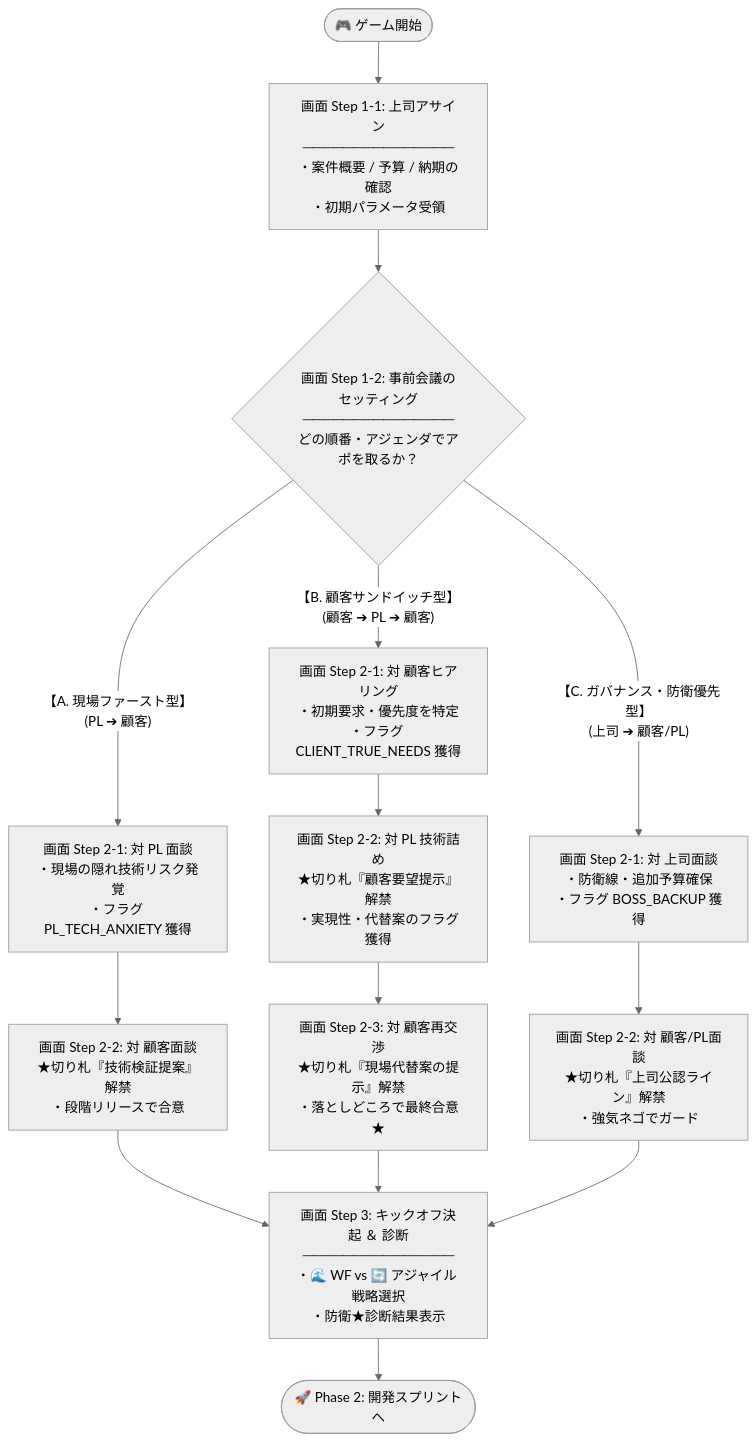
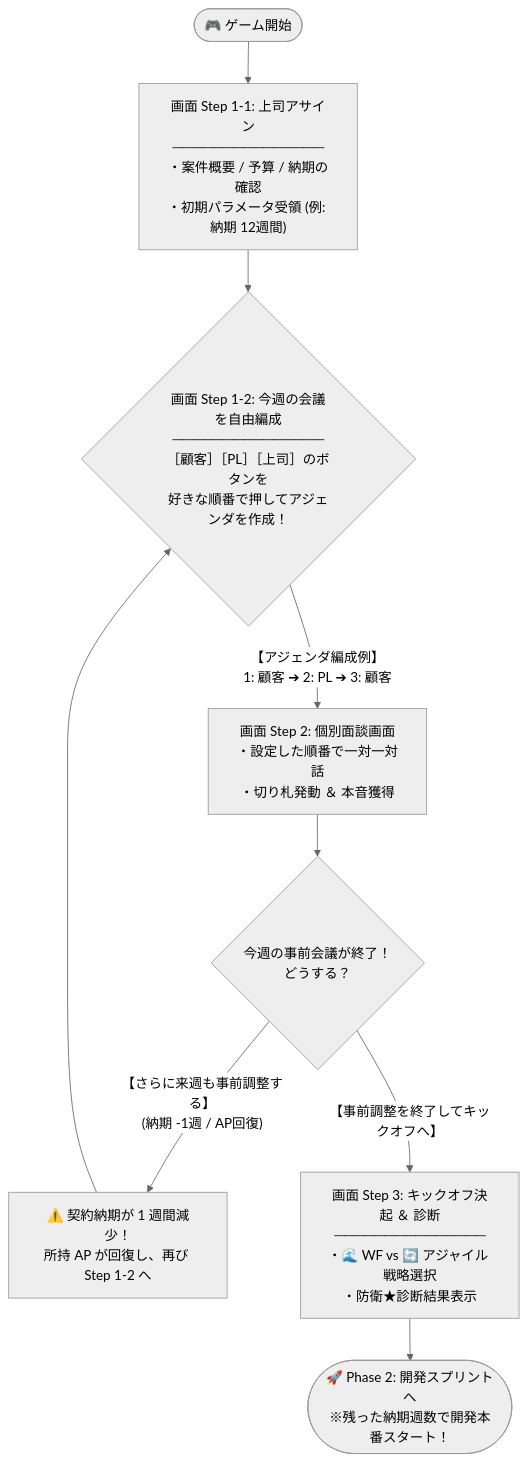
The first of 3 diagrams in docs/spec/phase1_kickoff.md (asabon/pm-simulator), drawn with Mermaid (neutral theme) before and after one commit. The commit also changed other lines of this file and 3 other files, not shown here.

````diff
--- a/docs/spec/phase1_kickoff.md
+++ b/docs/spec/phase1_kickoff.md
@@ -12,26 +12,17 @@
 ```mermaid
 flowchart TD
-    START([🎮 ゲーム開始]) --> S1_1["画面 Step 1-1: 上司アサイン<br>───────────────<br>・案件概要 / 予算 / 納期の確認<br>・初期パラメータ受領"]
+    START([🎮 ゲーム開始]) --> S1_1["画面 Step 1-1: 上司アサイン<br>───────────────<br>・案件概要 / 予算 / 納期の確認<br>・初期パラメータ受領 (例: 納期 12週間)"]
     
-    S1_1 --> S1_2{"画面 Step 1-2: 事前会議のセッティング<br>───────────────<br>どの順番・アジェンダでアポを取るか？"}
+    S1_1 --> S1_2{"画面 Step 1-2: 今週の会議を自由編成<br>───────────────<br>［顧客］［PL］［上司］のボタンを<br>好きな順番で押してアジェンダを作成！"}
 
-    %% 分岐ルート A: 現場ファースト型
-    S1_2 -->|"【A. 現場ファースト型】<br>(PL ➔ 顧客)"| ROUTE_A_1["画面 Step 2-1: 対 PL 面談<br>・現場の隠れ技術リスク発覚<br>・フラグ PL_TECH_ANXIETY 獲得"]
-    ROUTE_A_1 --> ROUTE_A_2["画面 Step 2-2: 対 顧客面談<br>★切り札『技術検証提案』解禁<br>・段階リリースで合意"]
+    S1_2 -->|"【アジェンダ編成例】<br>1: 顧客 ➔ 2: PL ➔ 3: 顧客"| STEP2["画面 Step 2: 個別面談画面<br>・設定した順番で一対一対話<br>・切り札発動 ＆ 本音獲得"]
 
-    %% 分岐ルート B: 顧客サンドイッチ型 (キャッチボール型)
-    S1_2 -->|"【B. 顧客サンドイッチ型】<br>(顧客 ➔ PL ➔ 顧客)"| ROUTE_B_1["画面 Step 2-1: 対 顧客ヒアリング<br>・初期要求・優先度を特定<br>・フラグ CLIENT_TRUE_NEEDS 獲得"]
-    ROUTE_B_1 --> ROUTE_B_2["画面 Step 2-2: 対 PL 技術詰め<br>★切り札『顧客要望提示』解禁<br>・実現性・代替案のフラグ獲得"]
-    ROUTE_B_2 --> ROUTE_B_3["画面 Step 2-3: 対 顧客再交渉<br>★切り札『現場代替案の提示』解禁<br>・落としどころで最終合意★"]
+    STEP2 --> DECISION{"今週の事前会議が終了！<br>どうする？"}
 
-    %% 分岐ルート C: ガバナンス・防衛優先型
-    S1_2 -->|"【C. ガバナンス・防衛優先型】<br>(上司 ➔ 顧客/PL)"| ROUTE_C_1["画面 Step 2-1: 対 上司面談<br>・防衛線・追加予算確保<br>・フラグ BOSS_BACKUP 獲得"]
-    ROUTE_C_1 --> ROUTE_C_2["画面 Step 2-2: 対 顧客/PL面談<br>★切り札『上司公認ライン』解禁<br>・強気ネゴでガード"]
+    DECISION -->|"【さらに来週も事前調整する】<br>(納期 -1週 / AP回復)"| NEXT_WEEK["⚠️ 契約納期が 1 週間減少！<br>所持 AP が回復し、再び Step 1-2 へ"]
+    NEXT_WEEK --> S1_2
 
-    %% 共通収束
-    ROUTE_A_2 --> S3["画面 Step 3: キックオフ決起 ＆ 診断<br>───────────────<br>・🌊 WF vs 🔄 アジャイル 戦略選択<br>・防衛★診断結果表示"]
-    ROUTE_B_3 --> S3
-    ROUTE_C_2 --> S3
+    DECISION -->|"【事前調整を終了してキックオフへ】"| S3["画面 Step 3: キックオフ決起 ＆ 診断<br>───────────────<br>・🌊 WF vs 🔄 アジャイル 戦略選択<br>・防衛★診断結果表示"]
 
-    S3 --> NEXT([🚀 Phase 2: 開発スプリントへ])
+    S3 --> NEXT([🚀 Phase 2: 開発スプリントへ<br>※残った納期週数で開発本番スタート！])
 ```
````
